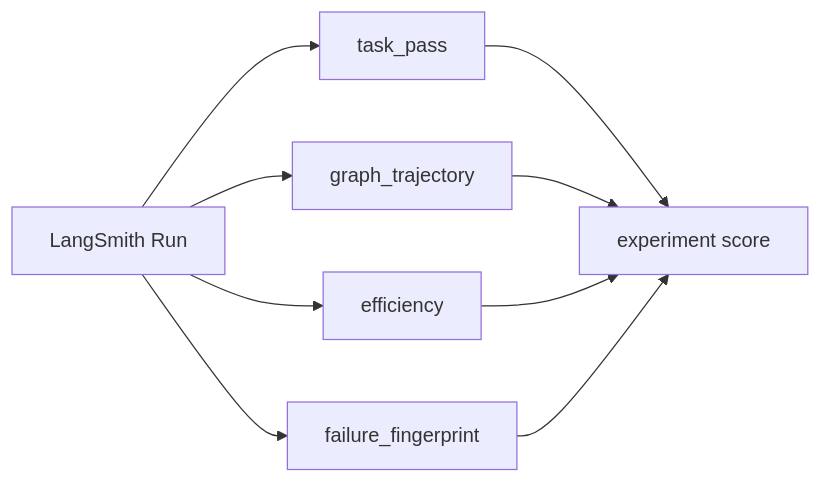
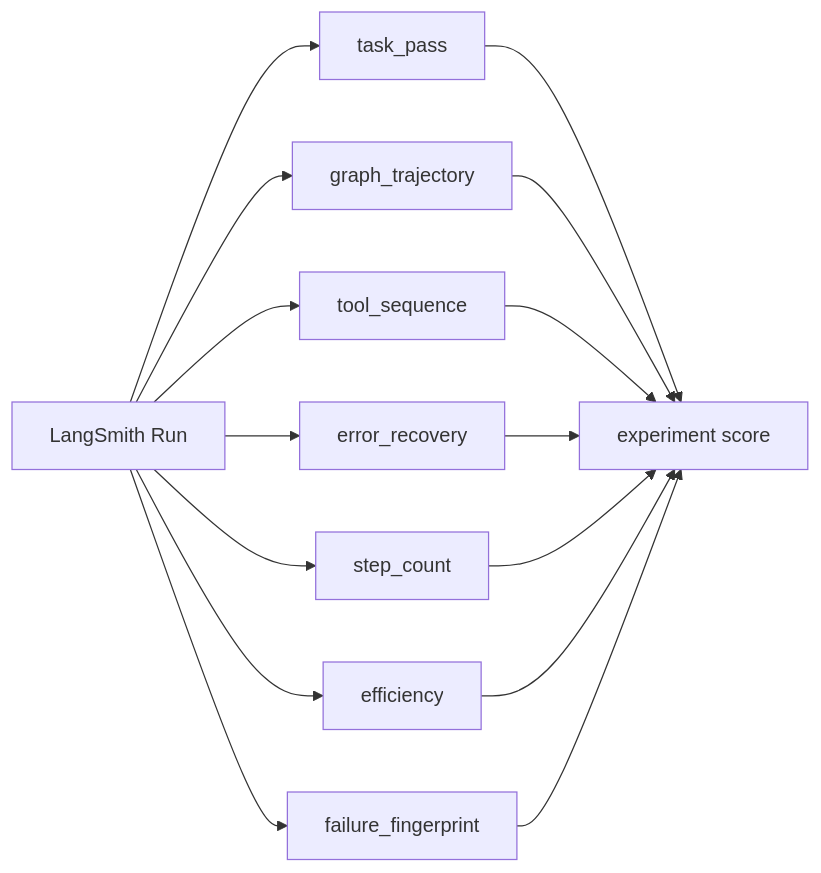
Before and after one commit to HOSH19/HarnessLab: the fifth of 6 diagrams in README.md, drawn with Mermaid. The commit also changed other lines of this file and 24 other files, not shown here.

````diff
--- a/README.md
+++ b/README.md
@@ -125,11 +146,17 @@
 ```mermaid
 flowchart LR
     Run[LangSmith Run] --> TP[task_pass]
     Run --> GT[graph_trajectory]
+    Run --> TS[tool_sequence]
+    Run --> ER[error_recovery]
+    Run --> SC[step_count]
     Run --> EF[efficiency]
     Run --> FF[failure_fingerprint]
     TP --> Score[experiment score]
     GT --> Score
+    TS --> Score
+    ER --> Score
+    SC --> Score
     EF --> Score
     FF --> Score
 ```
````
